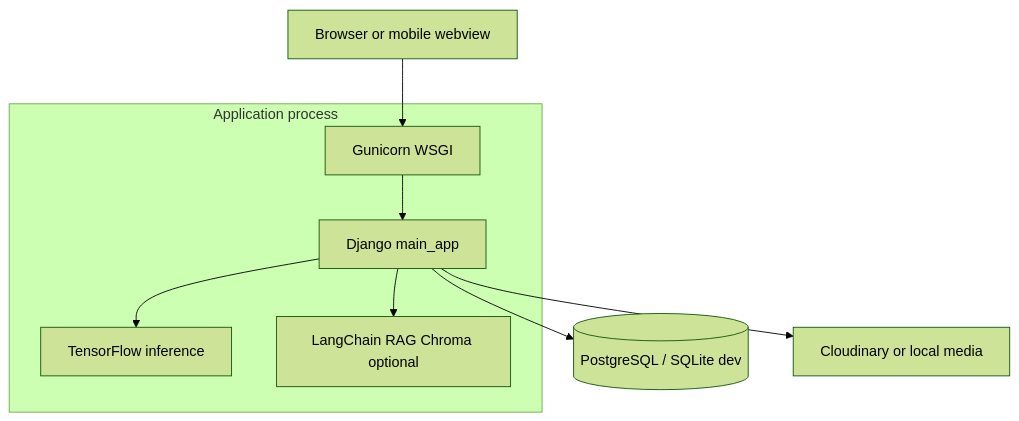
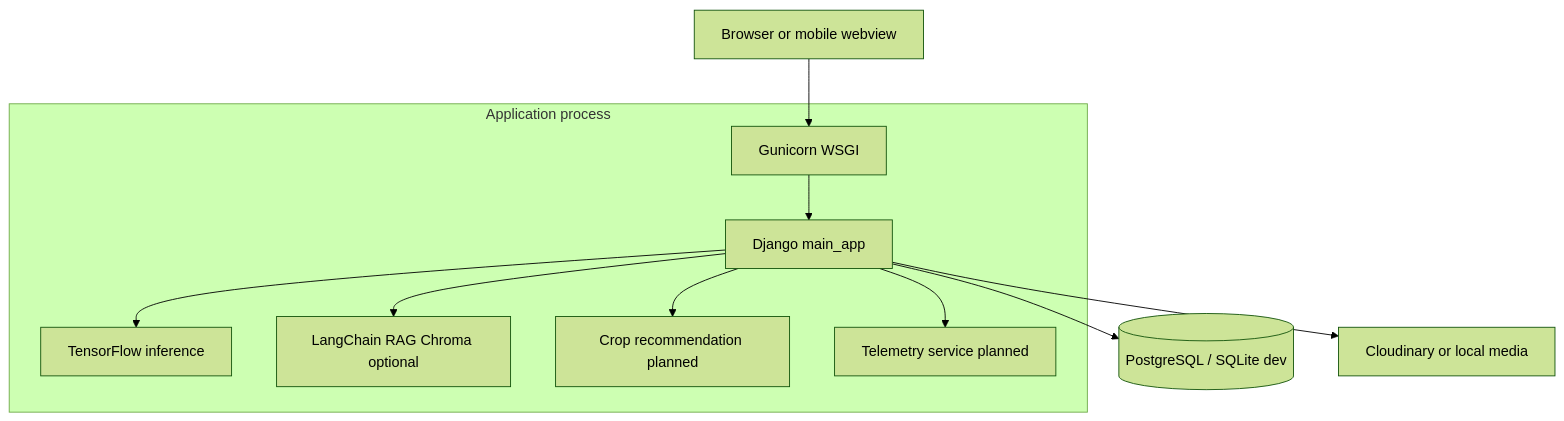
Before and after one commit to AGRICULTURE-STARTUP/crop_AI_analyzer: the second of 3 diagrams in docs/SYSTEM_DOCUMENTATION.md, drawn with Mermaid (forest theme). The commit also changed other lines of this file and 13 other files, not shown here.

````diff
--- a/docs/SYSTEM_DOCUMENTATION.md
+++ b/docs/SYSTEM_DOCUMENTATION.md
@@ -93,15 +114,19 @@
 ```mermaid
 flowchart TB
     subgraph process [Application process]
         GW[Gunicorn WSGI]
         DJ[Django main_app]
         TF[TensorFlow inference]
         LC[LangChain RAG Chroma optional]
+        REC[Crop recommendation planned]
+        IOT[Telemetry service planned]
     end
     U[Browser or mobile webview] --> GW
     GW --> DJ
     DJ --> TF
     DJ --> LC
+    DJ --> REC
+    DJ --> IOT
     DJ --> DB[(PostgreSQL / SQLite dev)]
     DJ --> MEDIA[Cloudinary or local media]
 ```
````
